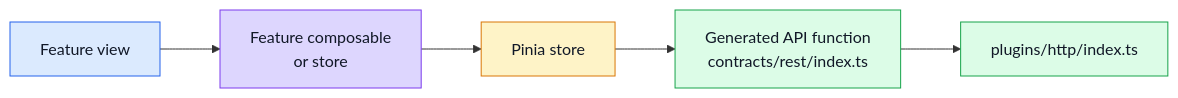
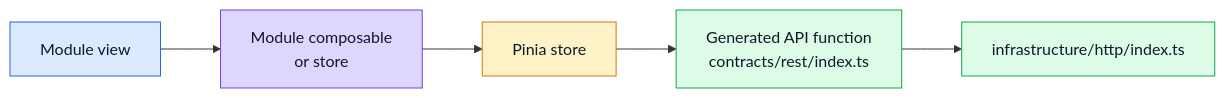
Before and after one commit to Guebbit/boilerplate-vue-frontend: the second of 2 diagrams in docs/theory/layers.md, drawn with Mermaid. The commit also changed other lines of this file and 385 other files, not shown here.

First line of the commit message:
feat!: 2.0.0 — modular architecture, tiered substrate, contracts as backend output

````diff
--- a/docs/theory/layers.md
+++ b/docs/theory/layers.md
@@ -46,17 +98,17 @@
 ```mermaid
 %%{init: {'flowchart': {'nodeSpacing': 50, 'rankSpacing': 60}}}%%
 flowchart LR
-    View[Feature view] --> Composable[Feature composable\nor store]
+    View[Module view] --> Composable[Module composable\nor store]
     Composable --> Store[Pinia store]
     Store --> Client[Generated API function\ncontracts/rest/index.ts]
-    Client --> HTTP[plugins/http/index.ts]
+    Client --> HTTP[infrastructure/http/index.ts]
 
     classDef view fill:#dbeafe,stroke:#2563eb,color:#111827;
     classDef comp fill:#ddd6fe,stroke:#7c3aed,color:#111827;
     classDef store fill:#fef3c7,stroke:#d97706,color:#111827;
     classDef http fill:#dcfce7,stroke:#16a34a,color:#111827;
     class View view;
     class Composable comp;
     class Store store;
     class Client,HTTP http;
 ```
````
